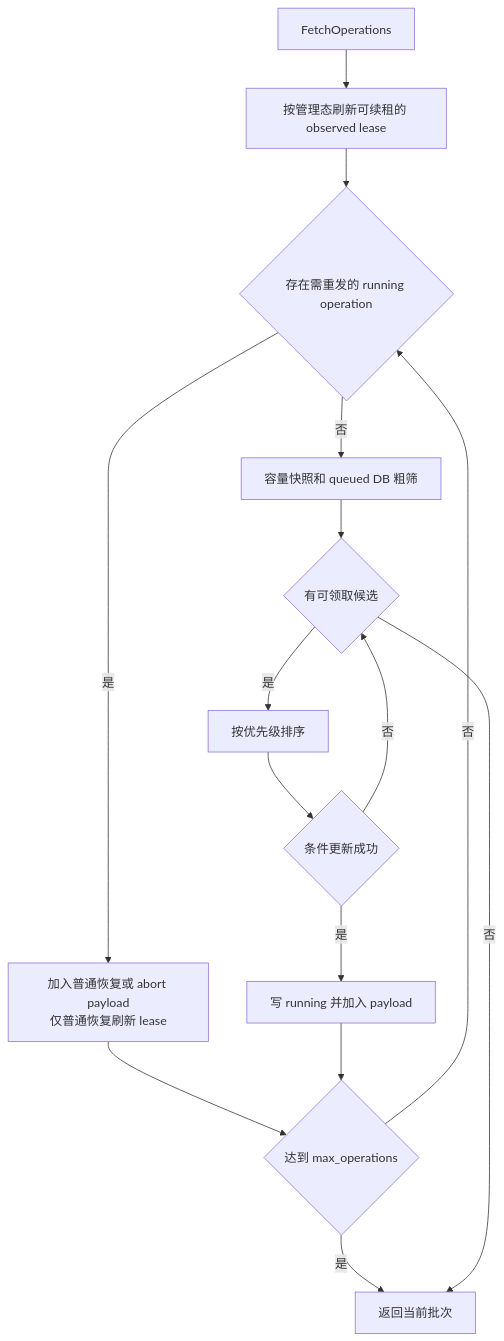
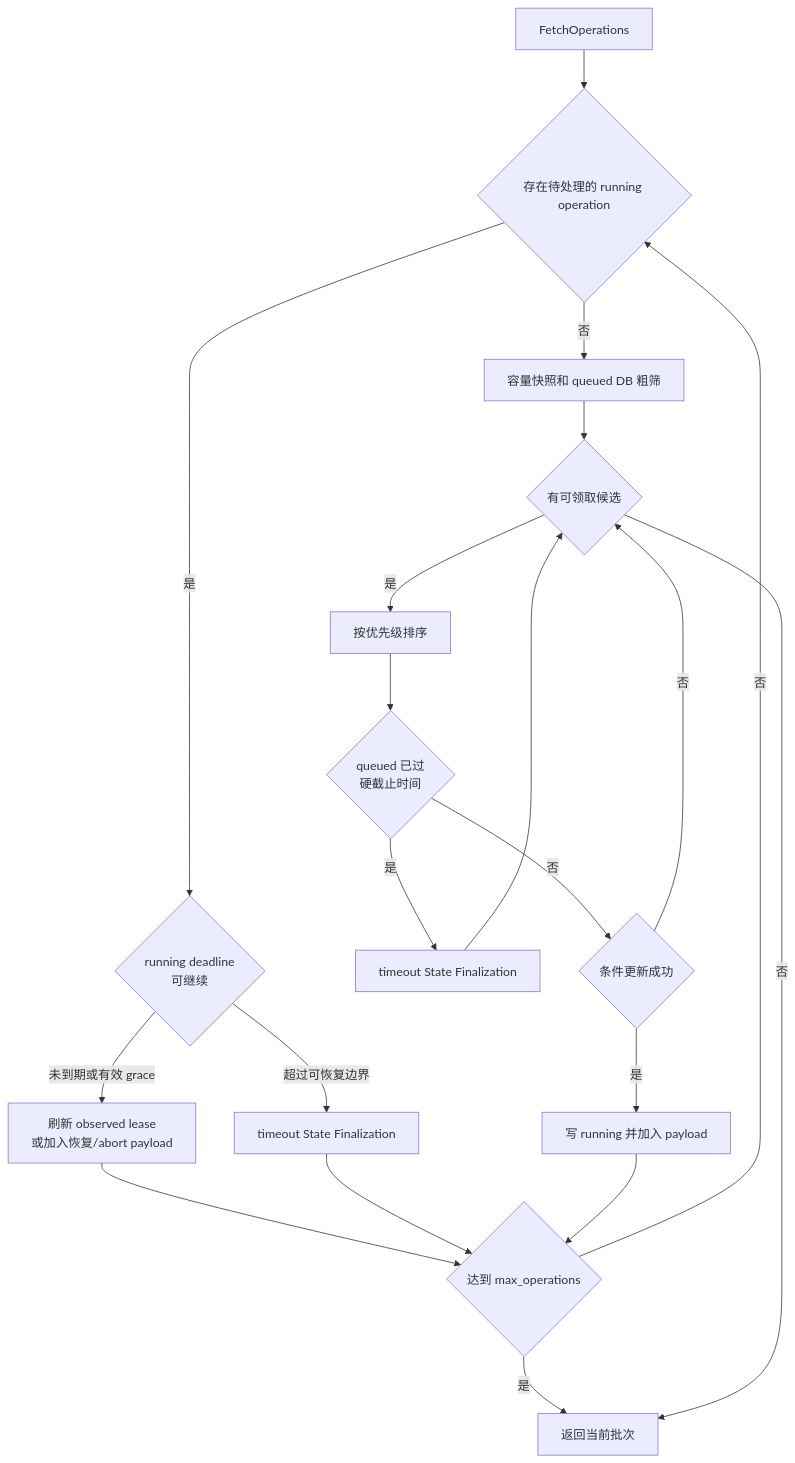
Before and after one commit to ExplodingDragon/gitea-dev: the third of 4 diagrams in src/state-machine.md, drawn with Mermaid. The commit also changed other lines of this file and 8 other files, not shown here.

````diff
--- a/src/state-machine.md
+++ b/src/state-machine.md
@@ -289,29 +291,37 @@
 ```mermaid
 flowchart TD
     fetch["FetchOperations"]
-    observed["按管理态刷新可续租的 observed lease"]
-    recover{"存在需重发的 running operation"}
-    resend["加入普通恢复或 abort payload<br/>仅普通恢复刷新 lease"]
+    recover{"存在待处理的 running operation"}
+    runningDeadline{"running deadline<br/>可继续"}
+    resend["刷新 observed lease<br/>或加入恢复/abort payload"]
+    runningTimeout["timeout State Finalization"]
     limit{"达到 max_operations"}
     prepare["容量快照和 queued DB 粗筛"]
     filter{"有可领取候选"}
     sort["按优先级排序"]
+    queuedDeadline{"queued 已过<br/>硬截止时间"}
+    queuedTimeout["timeout State Finalization"]
     claim{"条件更新成功"}
     payload["写 running 并加入 payload"]
     done["返回当前批次"]
 
-    fetch --> observed
-    observed --> recover
-    recover -- 是 --> resend
+    fetch --> recover
+    recover -- 是 --> runningDeadline
+    runningDeadline -- 未到期或有效 grace --> resend
+    runningDeadline -- 超过可恢复边界 --> runningTimeout
     resend --> limit
+    runningTimeout --> limit
     recover -- 否 --> prepare
     limit -- 是 --> done
     limit -- 否 --> recover
     prepare --> filter
     filter -- 否 --> done
     filter -- 是 --> sort
-    sort --> claim
+    sort --> queuedDeadline
+    queuedDeadline -- 是 --> queuedTimeout
+    queuedTimeout --> filter
+    queuedDeadline -- 否 --> claim
     claim -- 否 --> filter
     claim -- 是 --> payload
     payload --> limit
 ```
````
